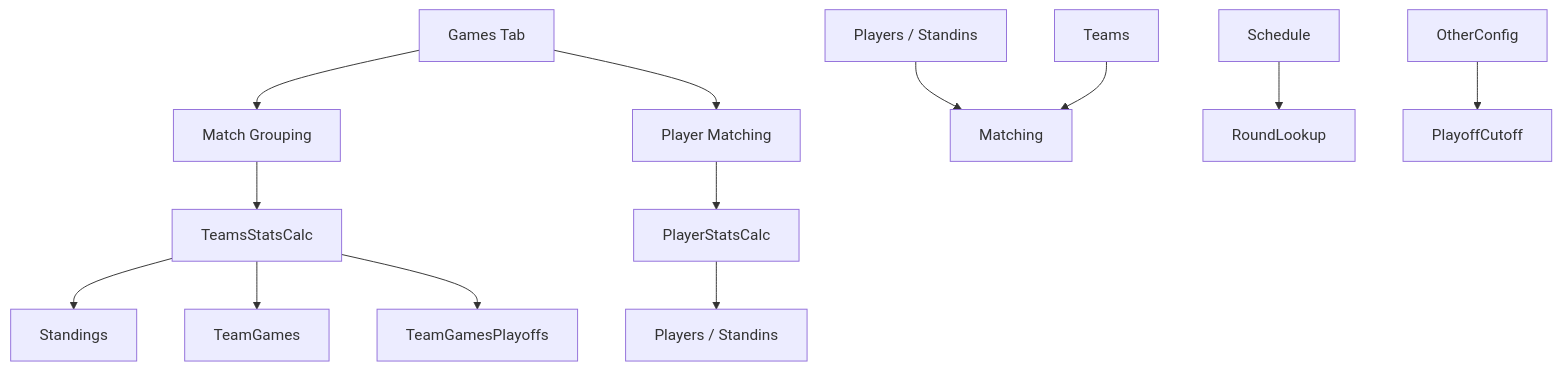
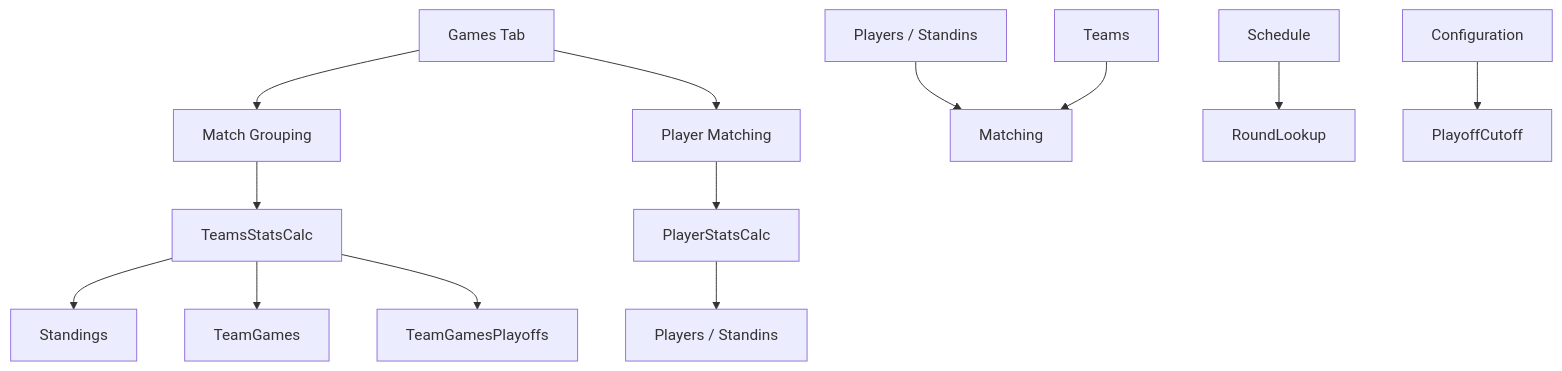
Before and after one commit to kindzal/qw-tourney-management: the second of 2 diagrams in README.md, drawn with Mermaid. The commit also changed other lines of this file and 1 other file, not shown here.

````diff
--- a/README.md
+++ b/README.md
@@ -153,22 +153,22 @@
 ```mermaid
 flowchart TD
   Games[Games Tab]
   Players[Players / Standins]
   Teams[Teams]
   Schedule[Schedule]
-  Config[OtherConfig]
+  Config[Configuration]
 
   Games --> Match[Match Grouping]
   Games --> Ranking[Player Matching]
   Players --> Matching
   Teams --> Matching
   Schedule --> RoundLookup
   Config --> PlayoffCutoff
 
   Match --> TeamsStatsCalc
   Ranking --> PlayerStatsCalc
   TeamsStatsCalc --> Standings
   TeamsStatsCalc --> TeamGames
   TeamsStatsCalc --> TeamGamesPlayoffs
   PlayerStatsCalc --> Rank[Players / Standins]
 ```
````
